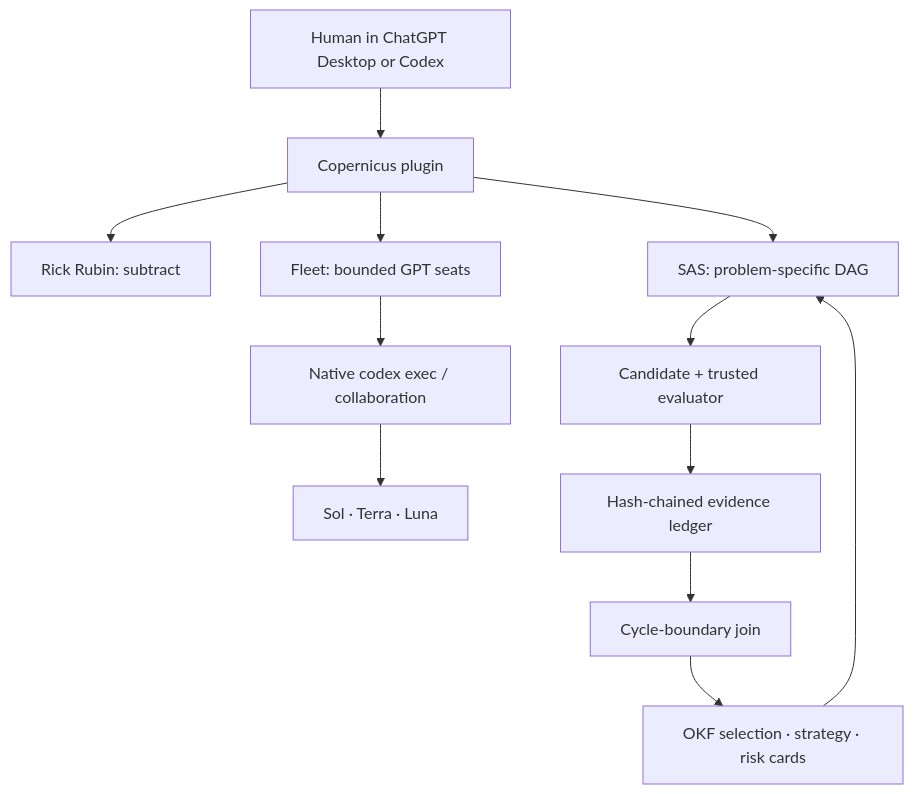
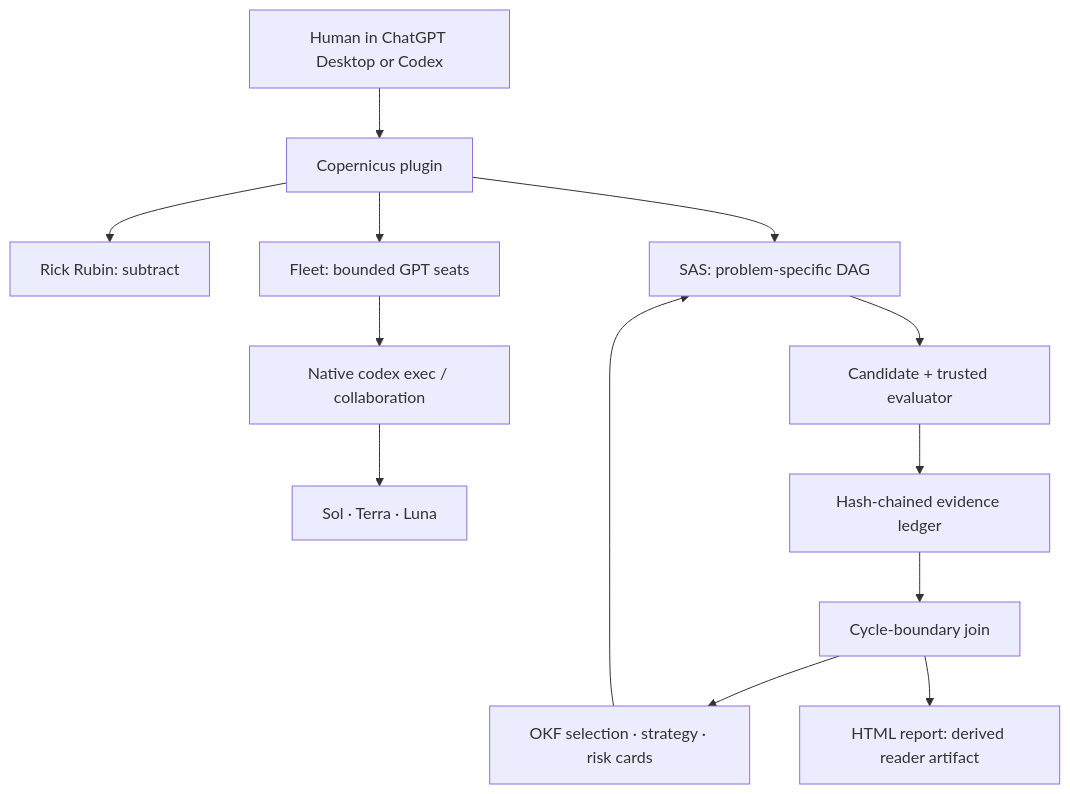
The diagram in docs/copernicus/architecture.md (Babinci/copernicus), drawn with Mermaid before and after one commit. The commit also changed other lines of this file and 15 other files, not shown here.

Commit message:
feat: add practitioner HTML report skill

````diff
--- a/docs/copernicus/architecture.md
+++ b/docs/copernicus/architecture.md
@@ -14,14 +14,15 @@
 ```mermaid
 flowchart TD
     U["Human in ChatGPT Desktop or Codex"] --> P["Copernicus plugin"]
     P --> R["Rick Rubin: subtract"]
     P --> F["Fleet: bounded GPT seats"]
     P --> S["SAS: problem-specific DAG"]
     F --> C["Native codex exec / collaboration"]
     C --> M["Sol · Terra · Luna"]
     S --> G["Candidate + trusted evaluator"]
     G --> E["Hash-chained evidence ledger"]
     E --> J["Cycle-boundary join"]
     J --> O["OKF selection · strategy · risk cards"]
+    J --> H["HTML report: derived reader artifact"]
     O --> S
 ```
````
